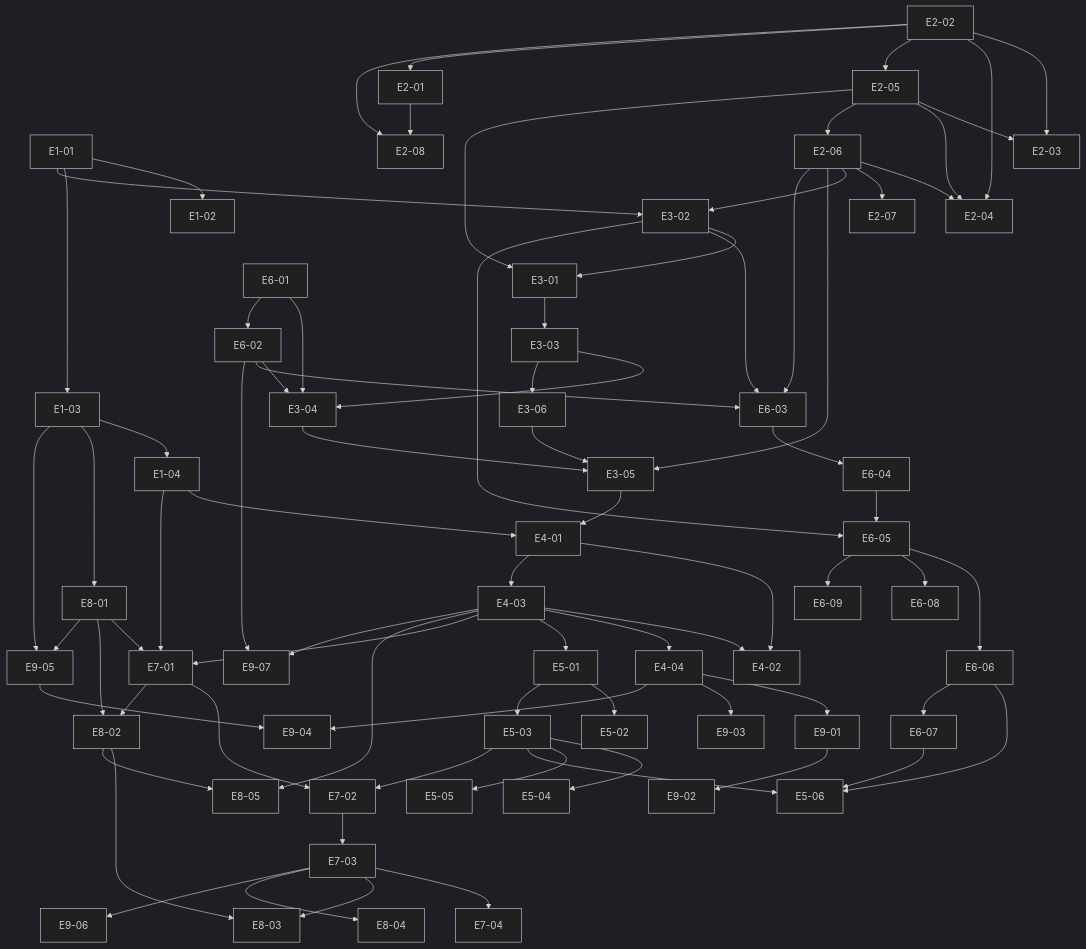
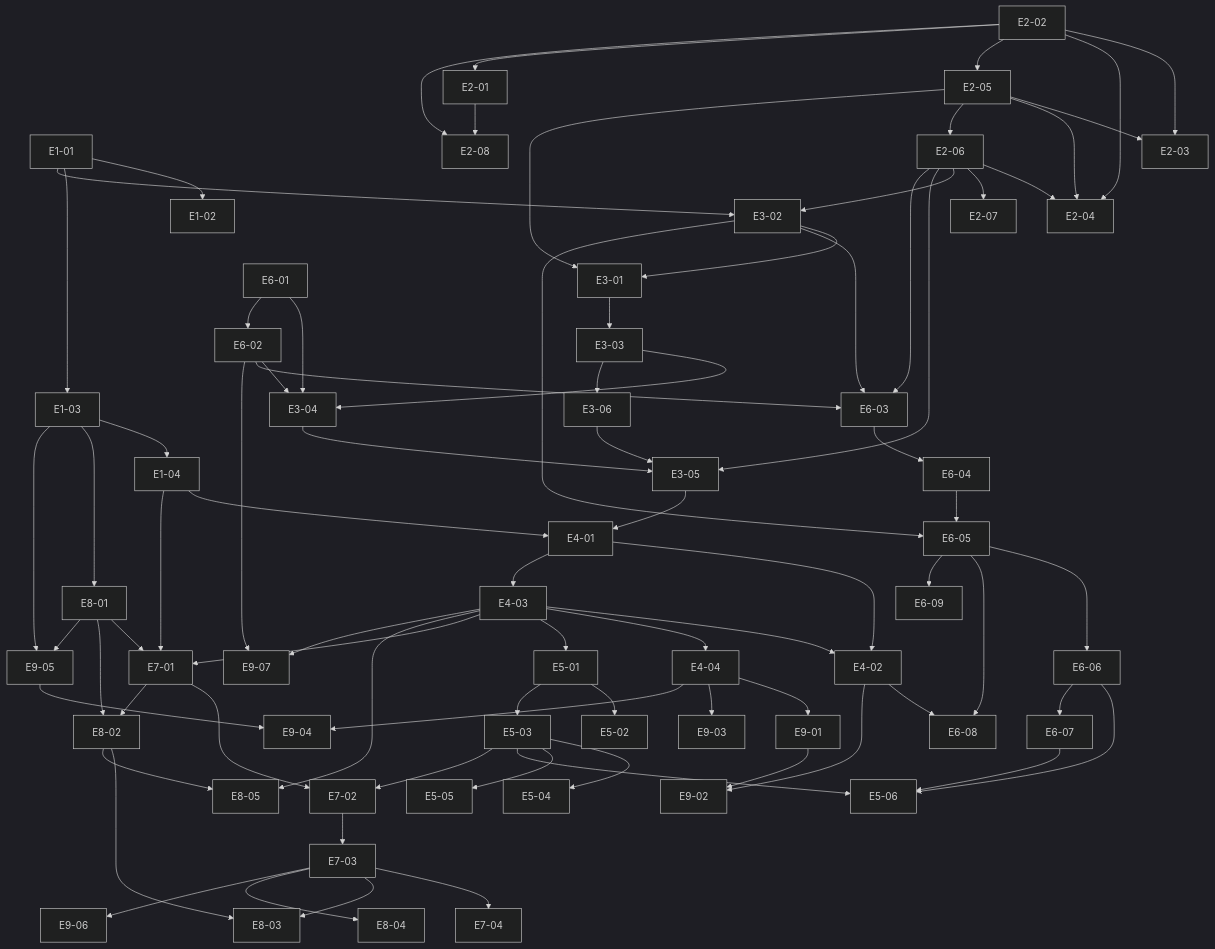
Before and after one commit to bacsystem/learning: the second of 2 diagrams in docs/stories/serums-ia/README.md, drawn with Mermaid (dark theme). The commit also changed other lines of this file and 11 other files, not shown here.

````diff
--- a/docs/stories/serums-ia/README.md
+++ b/docs/stories/serums-ia/README.md
@@ -44,79 +44,81 @@
 ```mermaid
 flowchart TD
   E1-01 --> E1-02
   E1-01 --> E1-03
   E1-03 --> E1-04
   E2-02 --> E2-03
   E2-05 --> E2-03
   E2-02 --> E2-04
   E2-05 --> E2-04
   E2-06 --> E2-04
   E2-02 --> E2-05
   E2-05 --> E2-06
   E2-06 --> E2-07
   E2-02 --> E2-01
   E2-01 --> E2-08
   E2-02 --> E2-08
   E3-02 --> E3-01
   E2-05 --> E3-01
   E1-01 --> E3-02
   E2-06 --> E3-02
   E3-01 --> E3-03
   E3-03 --> E3-04
   E6-01 --> E3-04
   E6-02 --> E3-04
   E3-04 --> E3-05
   E3-06 --> E3-05
   E2-06 --> E3-05
   E3-03 --> E3-06
   E3-05 --> E4-01
   E1-04 --> E4-01
   E4-01 --> E4-02
   E4-03 --> E4-02
   E4-01 --> E4-03
   E4-03 --> E4-04
   E4-03 --> E5-01
   E5-01 --> E5-02
   E5-01 --> E5-03
   E5-03 --> E5-04
   E5-03 --> E5-05
   E5-03 --> E5-06
   E6-06 --> E5-06
   E6-07 --> E5-06
   E6-01 --> E6-02
   E6-02 --> E6-03
   E2-06 --> E6-03
   E3-02 --> E6-03
   E6-03 --> E6-04
   E6-04 --> E6-05
   E3-02 --> E6-05
   E6-05 --> E6-06
   E6-06 --> E6-07
   E6-05 --> E6-08
+  E4-02 --> E6-08
   E6-05 --> E6-09
   E4-03 --> E7-01
   E1-04 --> E7-01
   E8-01 --> E7-01
   E7-01 --> E7-02
   E5-03 --> E7-02
   E7-02 --> E7-03
   E7-03 --> E7-04
   E1-03 --> E8-01
   E8-01 --> E8-02
   E7-01 --> E8-02
   E7-03 --> E8-03
   E8-02 --> E8-03
   E7-03 --> E8-04
   E8-02 --> E8-05
   E4-03 --> E8-05
   E4-04 --> E9-01
   E9-01 --> E9-02
+  E4-02 --> E9-02
   E4-04 --> E9-03
   E4-04 --> E9-04
   E9-05 --> E9-04
   E8-01 --> E9-05
   E1-03 --> E9-05
   E7-03 --> E9-06
   E4-03 --> E9-07
   E6-02 --> E9-07
 ```
````
